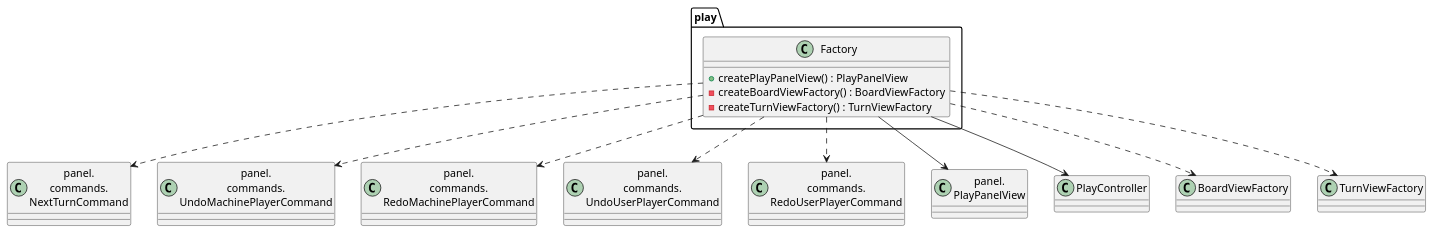
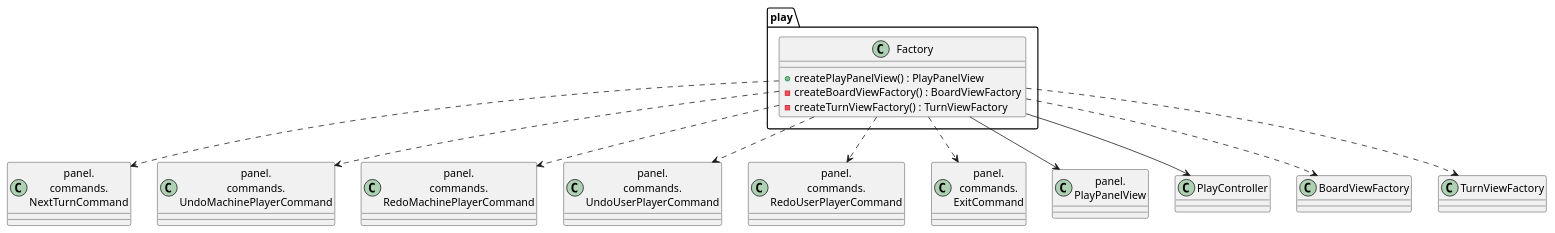
Before and after one commit to js-rom/connect4: the diagram in connect4/Docs/diagrams/src/packages/connect4.connect4.views.graphics.gameLoop.play.plantuml, drawn with PlantUML. The commit also changed 5 other files, not shown here.

```diff
--- a/connect4/Docs/diagrams/src/packages/connect4.connect4.views.graphics.gameLoop.play.plantuml
+++ b/connect4/Docs/diagrams/src/packages/connect4.connect4.views.graphics.gameLoop.play.plantuml
@@ -1,26 +1,28 @@
 @startuml connect4.connect4.views.graphics.play
 
 class NextTurnCommand as "panel.\ncommands.\nNextTurnCommand"
 class UndoMachinePlayerCommand as "panel.\ncommands.\nUndoMachinePlayerCommand"
 class RedoMachinePlayerCommand as "panel.\ncommands.\nRedoMachinePlayerCommand"
 class UndoUserPlayerCommand as "panel.\ncommands.\nUndoUserPlayerCommand"
 class RedoUserPlayerCommand as "panel.\ncommands.\nRedoUserPlayerCommand"
+class ExitCommand as "panel.\ncommands.\nExitCommand"
 class PlayPanelView as "panel.\nPlayPanelView"   
 
 class play.Factory{
     +createPlayPanelView() : PlayPanelView
     -createBoardViewFactory() : BoardViewFactory
     -createTurnViewFactory() : TurnViewFactory
 }
 
 Factory --> PlayPanelView
 Factory --> PlayController
 Factory ..> BoardViewFactory
 Factory ..> TurnViewFactory
 Factory ..> NextTurnCommand
 Factory ..> UndoMachinePlayerCommand
 Factory ..> RedoMachinePlayerCommand
 Factory ..> UndoUserPlayerCommand
 Factory ..> RedoUserPlayerCommand
+Factory ..> ExitCommand
 
 @enduml
```
